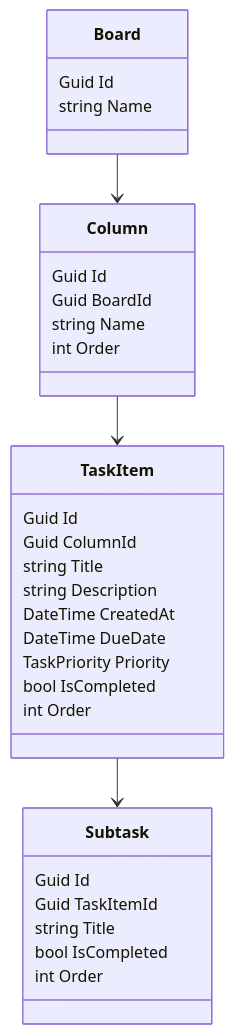
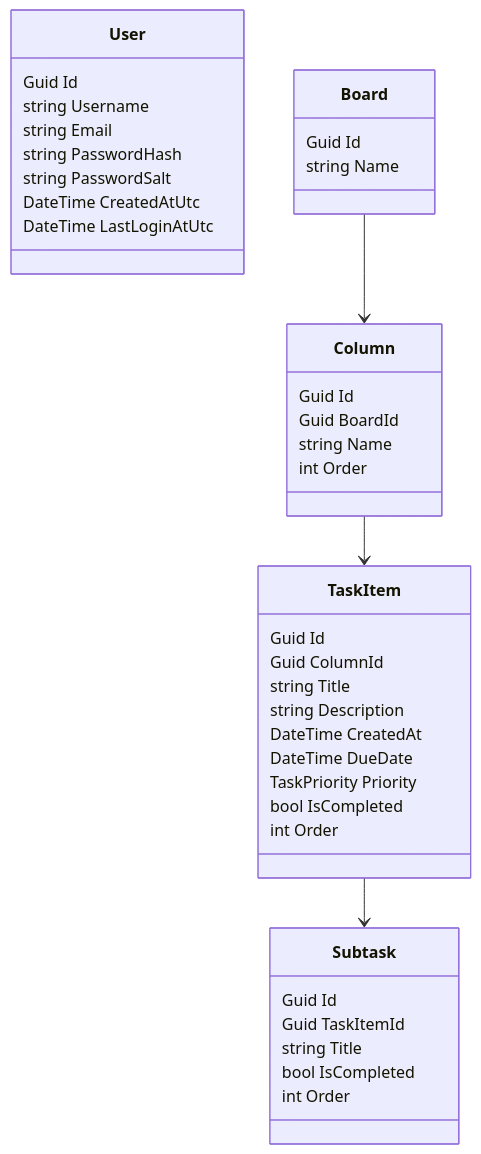
One commit to Antonios-Georgiopoulos/clean-taskboard changed the diagram in docs/diagrams/entities.md. Above: the diagram before and after it, drawn with Mermaid. The commit also changed other lines of this file and 4 other files, not shown here.

````diff
--- a/docs/diagrams/entities.md
+++ b/docs/diagrams/entities.md
@@ -3,38 +3,49 @@
 ```mermaid
 classDiagram
+    class User {
+        Guid Id
+        string Username
+        string Email
+        string PasswordHash
+        string PasswordSalt
+        DateTime CreatedAtUtc
+        DateTime LastLoginAtUtc
+    }
+
     class Board {
         Guid Id
         string Name
+        %% OwnerUserId will be introduced in the next milestone
     }
 
     class Column {
         Guid Id
         Guid BoardId
         string Name
         int Order
     }
 
     class TaskItem {
         Guid Id
         Guid ColumnId
         string Title
         string Description
         DateTime CreatedAt
         DateTime DueDate
         TaskPriority Priority
         bool IsCompleted
         int Order
     }
 
     class Subtask {
         Guid Id
         Guid TaskItemId
         string Title
         bool IsCompleted
         int Order
     }
 
     Board --> Column
     Column --> TaskItem
     TaskItem --> Subtask
 ```
````
